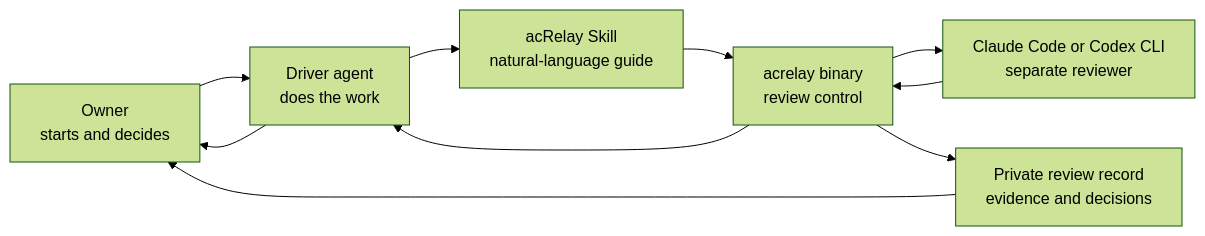
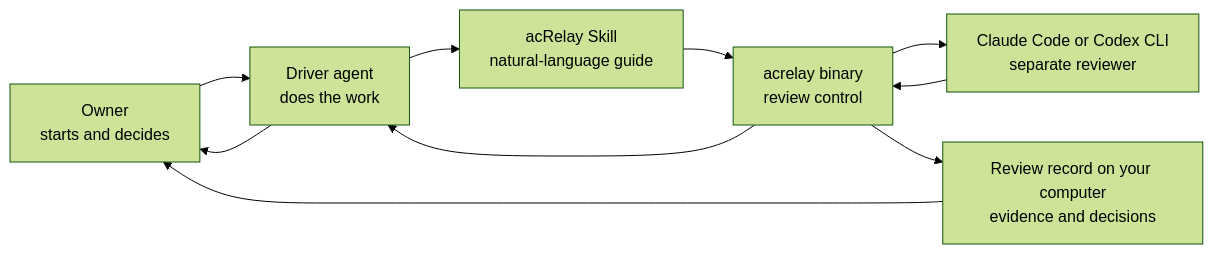
One commit to kyungseo/skillstead changed the diagram in README.md. Above: the diagram before and after it, drawn with Mermaid (forest theme). The commit also changed other lines of this file and 6 other files, not shown here.

````diff
--- a/README.md
+++ b/README.md
@@ -23,12 +22,12 @@
 ```mermaid
 flowchart LR
     O["Owner<br/>starts and decides"] --> D["Driver agent<br/>does the work"]
     D --> S["acRelay Skill<br/>natural-language guide"]
     S --> E["acrelay binary<br/>review control"]
     E --> R["Claude Code or Codex CLI<br/>separate reviewer"]
     R --> E
-    E --> P["Private review record<br/>evidence and decisions"]
+    E --> P["Review record on your computer<br/>evidence and decisions"]
     E --> D
     P --> O
     D --> O
 ```
````
